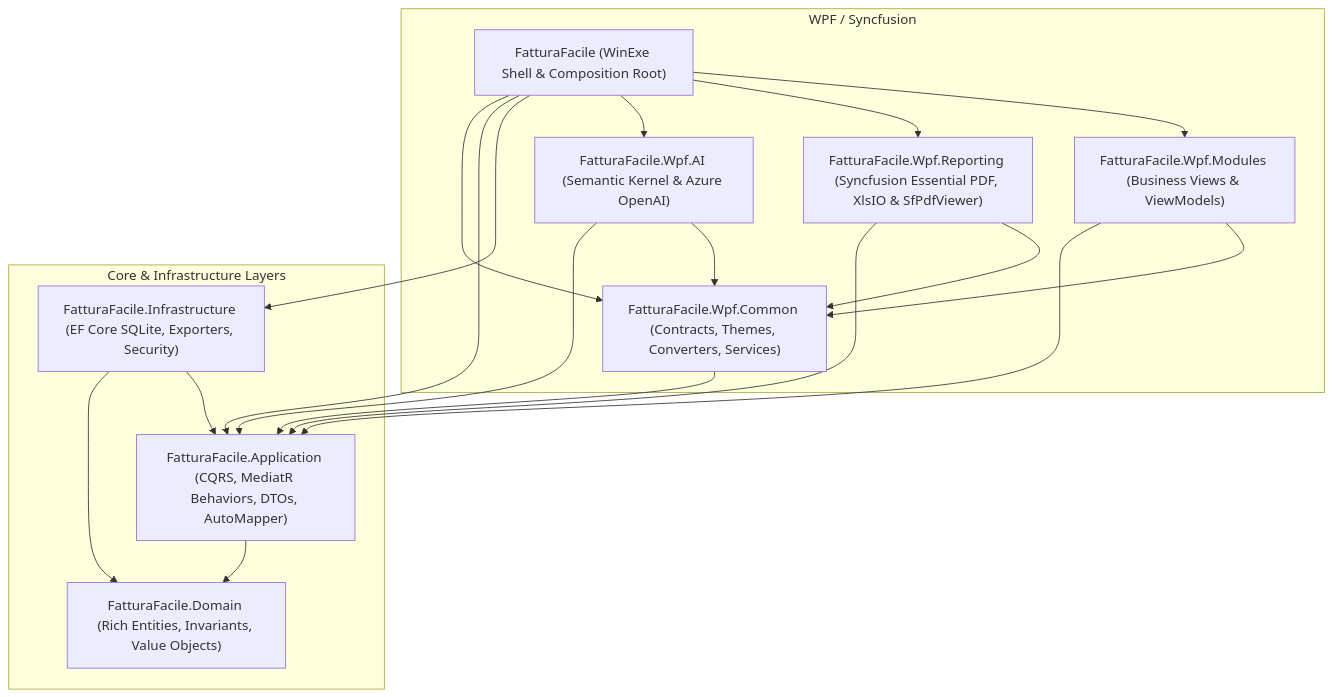
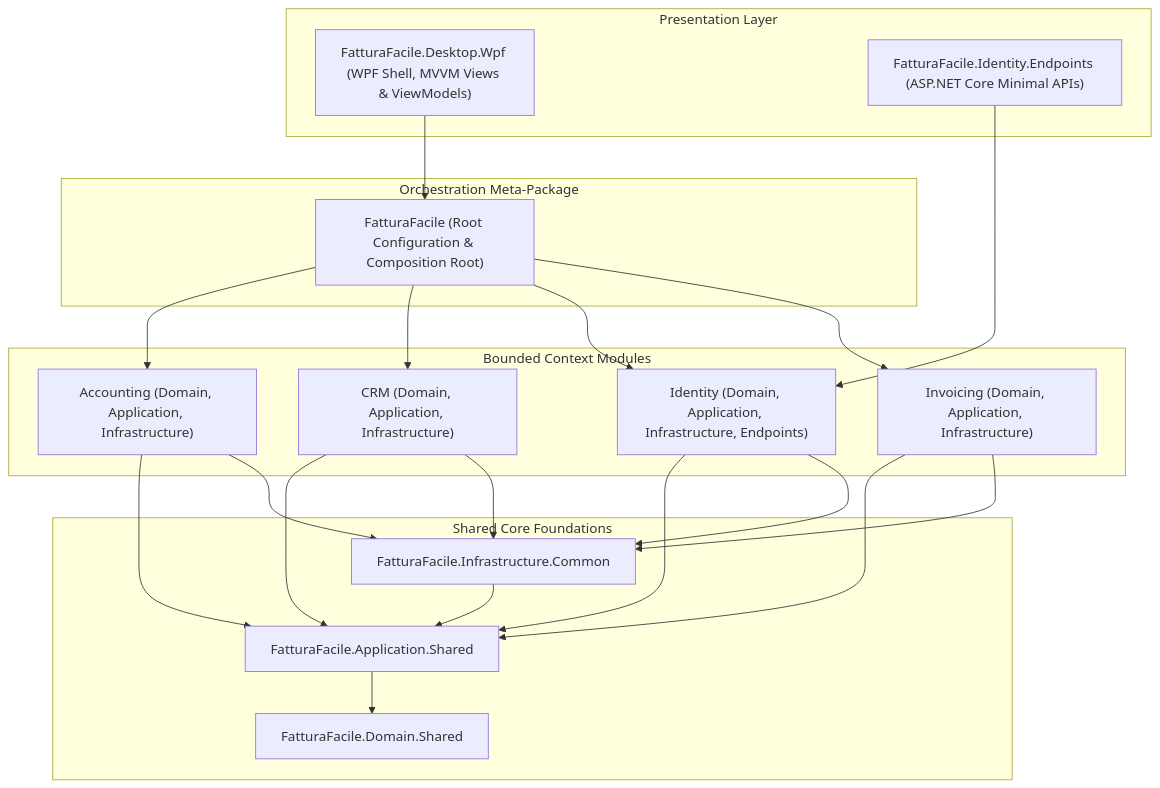
The diagram in ARCHITECTURE.md (FatturaFacile/desktop), drawn with Mermaid before and after one commit. The commit also changed other lines of this file and 941 other files, not shown here.

````diff
--- a/ARCHITECTURE.md
+++ b/ARCHITECTURE.md
@@ -11,35 +11,43 @@
 ```mermaid
 graph TD
-    subgraph Presentation Sub-Architecture [WPF / Syncfusion]
-        SHELL["FatturaFacile (WinExe Shell & Composition Root)"]
-        COMMON["FatturaFacile.Wpf.Common (Contracts, Themes, Converters, Services)"]
-        MOD["FatturaFacile.Wpf.Modules (Business Views & ViewModels)"]
-        REP["FatturaFacile.Wpf.Reporting (Syncfusion Essential PDF, XlsIO & SfPdfViewer)"]
-        AI["FatturaFacile.Wpf.AI (Semantic Kernel & Azure OpenAI)"]
+    subgraph Presentation Layer
+        WPF["FatturaFacile.Desktop.Wpf (WPF Shell, MVVM Views & ViewModels)"]
+        API["FatturaFacile.Identity.Endpoints (ASP.NET Core Minimal APIs)"]
     end
 
-    subgraph Core & Infrastructure Layers
-        INFRA["FatturaFacile.Infrastructure (EF Core SQLite, Exporters, Security)"]
-        APP["FatturaFacile.Application (CQRS, MediatR Behaviors, DTOs, AutoMapper)"]
-        DOM["FatturaFacile.Domain (Rich Entities, Invariants, Value Objects)"]
+    subgraph Orchestration Meta-Package
+        FF["FatturaFacile (Root Configuration & Composition Root)"]
     end
 
-    SHELL --> MOD
-    SHELL --> REP
-    SHELL --> AI
-    SHELL --> INFRA
-    SHELL --> APP
-    SHELL --> COMMON
+    subgraph Bounded Context Modules
+        ACC["Accounting (Domain, Application, Infrastructure)"]
+        CRM["CRM (Domain, Application, Infrastructure)"]
+        ID["Identity (Domain, Application, Infrastructure, Endpoints)"]
+        INV["Invoicing (Domain, Application, Infrastructure)"]
+    end
 
-    MOD --> COMMON
-    MOD --> APP
-    REP --> COMMON
-    REP --> APP
-    AI --> COMMON
-    AI --> APP
-    COMMON --> APP
+    subgraph Shared Core Foundations
+        INF_COM["FatturaFacile.Infrastructure.Common"]
+        APP_SH["FatturaFacile.Application.Shared"]
+        DOM_SH["FatturaFacile.Domain.Shared"]
+    end
 
-    INFRA --> APP
-    INFRA --> DOM
-    APP --> DOM
+    WPF --> FF
+    API --> ID
+    FF --> ACC
+    FF --> CRM
+    FF --> ID
+    FF --> INV
+
+    ACC --> APP_SH
+    ACC --> INF_COM
+    CRM --> APP_SH
+    CRM --> INF_COM
+    ID --> APP_SH
+    ID --> INF_COM
+    INV --> APP_SH
+    INV --> INF_COM
+
+    APP_SH --> DOM_SH
+    INF_COM --> APP_SH
 ```
````
